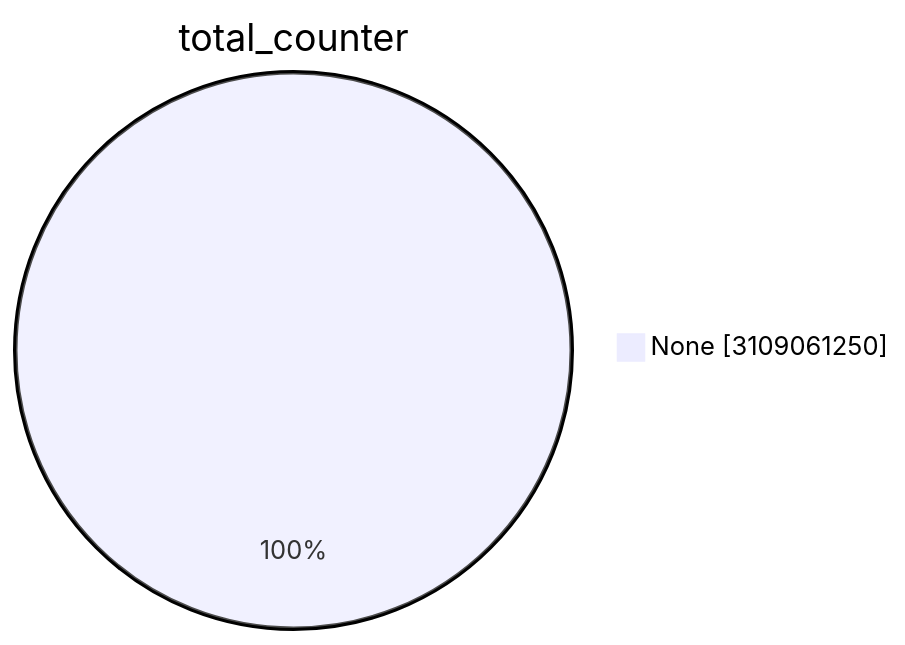
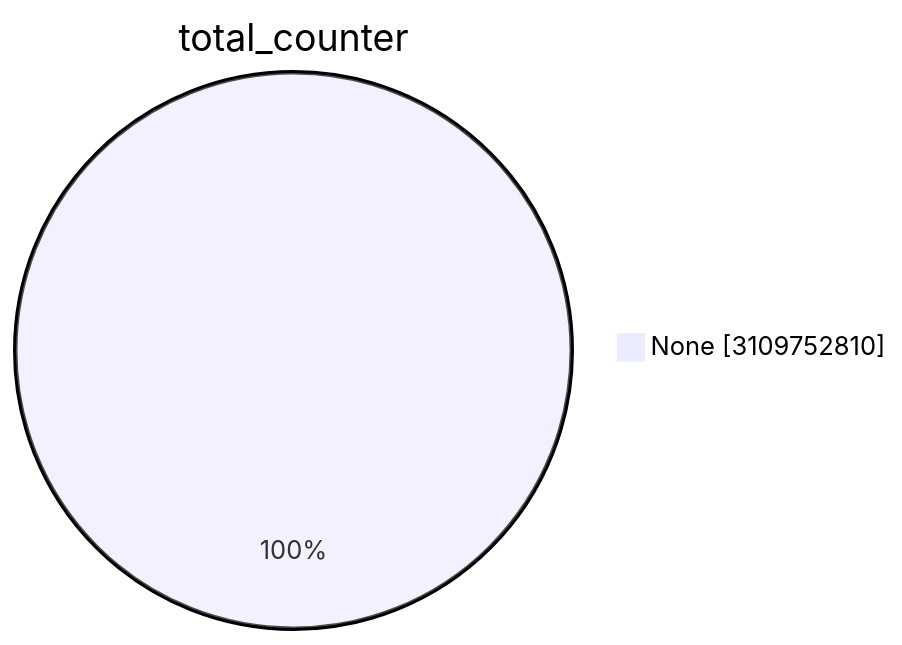
One commit to christiankrug/ctmonitor_visualization changed the first of 15 diagrams in TOTAL/README.md. Above: the diagram before and after it, drawn with Mermaid. The commit also changed other lines of this file, not shown here.

````diff
--- a/TOTAL/README.md
+++ b/TOTAL/README.md
@@ -1,5 +1,5 @@
 ```mermaid
 pie showData
 title total_counter
-"None" :3109061250
+"None" :3109752810
 ```
````
